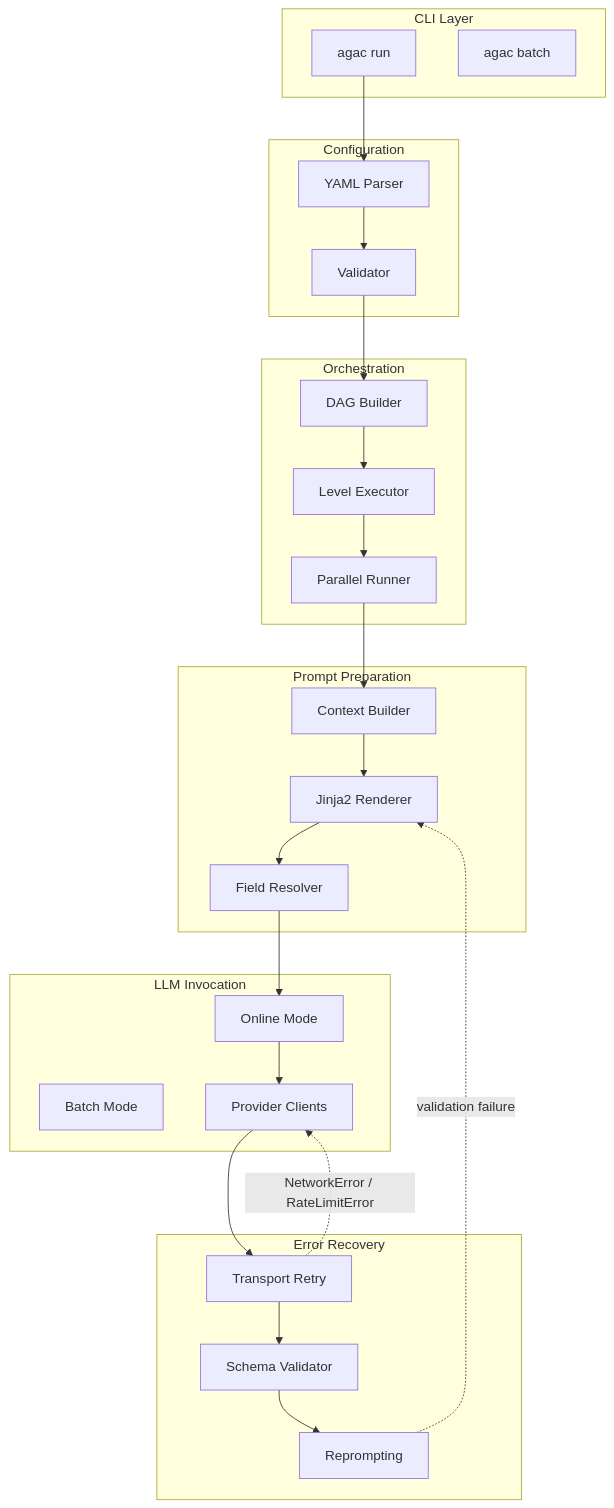
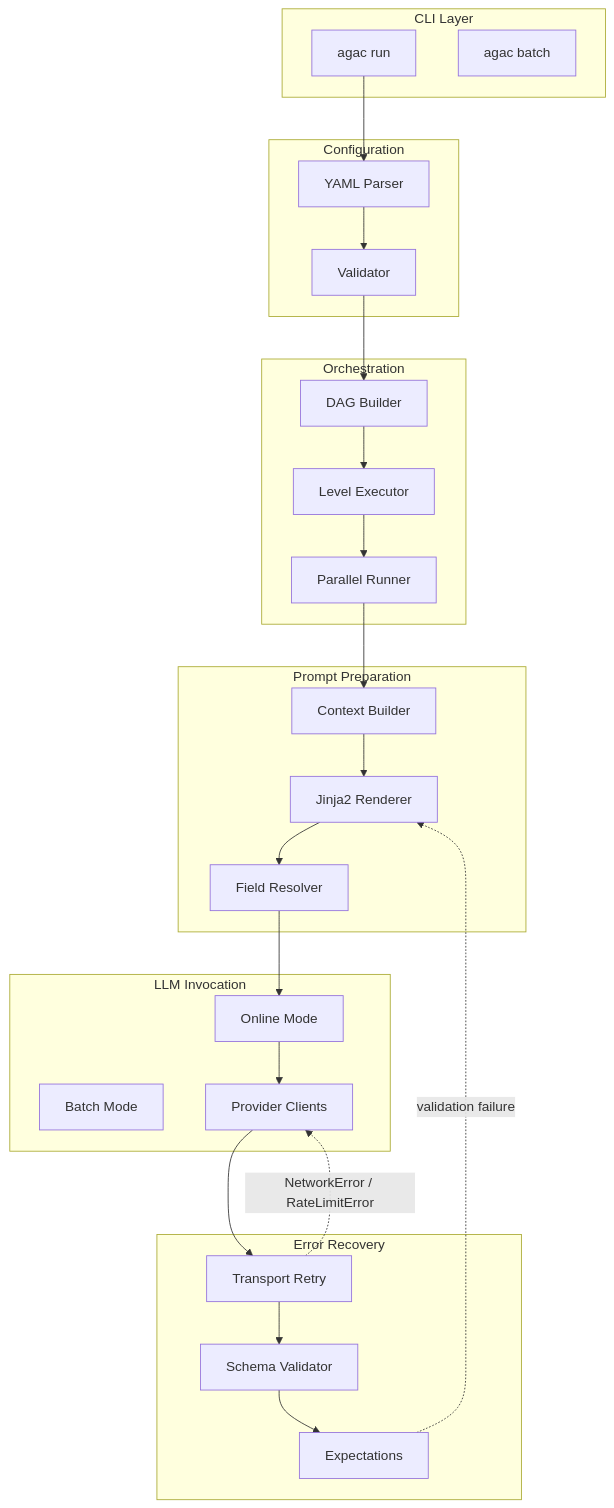
One commit to Muizzkolapo/agent-actions changed the third of 3 diagrams in docs.agent-actions/docs/reference/architecture/index.md. Above: the diagram before and after it, drawn with Mermaid. The commit also changed other lines of this file and 54 other files, not shown here.

````diff
--- a/docs.agent-actions/docs/reference/architecture/index.md
+++ b/docs.agent-actions/docs/reference/architecture/index.md
@@ -85,45 +85,45 @@
 ```mermaid
 flowchart TB
     subgraph CLI["CLI Layer"]
         RUN["agac run"]
         BATCH["agac batch"]
     end
 
     subgraph Config["Configuration"]
         YAML["YAML Parser"]
         VALIDATE["Validator"]
     end
 
     subgraph Orchestration["Orchestration"]
         DAG["DAG Builder"]
         LEVELS["Level Executor"]
         PARALLEL["Parallel Runner"]
     end
 
     subgraph Prompt["Prompt Preparation"]
         CONTEXT["Context Builder"]
         TEMPLATE["Jinja2 Renderer"]
         REFS["Field Resolver"]
     end
 
     subgraph LLM["LLM Invocation"]
         ONLINE["Online Mode"]
         BATCHM["Batch Mode"]
         PROVIDERS["Provider Clients"]
     end
 
     subgraph Recovery["Error Recovery"]
         RETRY["Transport Retry"]
         SCHEMA["Schema Validator"]
-        REPROMPT["Reprompting"]
+        REPAIR["Expectations"]
     end
 
     RUN --> YAML --> VALIDATE --> DAG
     DAG --> LEVELS --> PARALLEL
     PARALLEL --> CONTEXT --> TEMPLATE
     TEMPLATE --> REFS --> ONLINE
     ONLINE --> PROVIDERS --> RETRY
     RETRY -.->|"NetworkError / RateLimitError"| PROVIDERS
-    RETRY --> SCHEMA --> REPROMPT
-    REPROMPT -.->|"validation failure"| TEMPLATE
+    RETRY --> SCHEMA --> REPAIR
+    REPAIR -.->|"validation failure"| TEMPLATE
 ```
````
